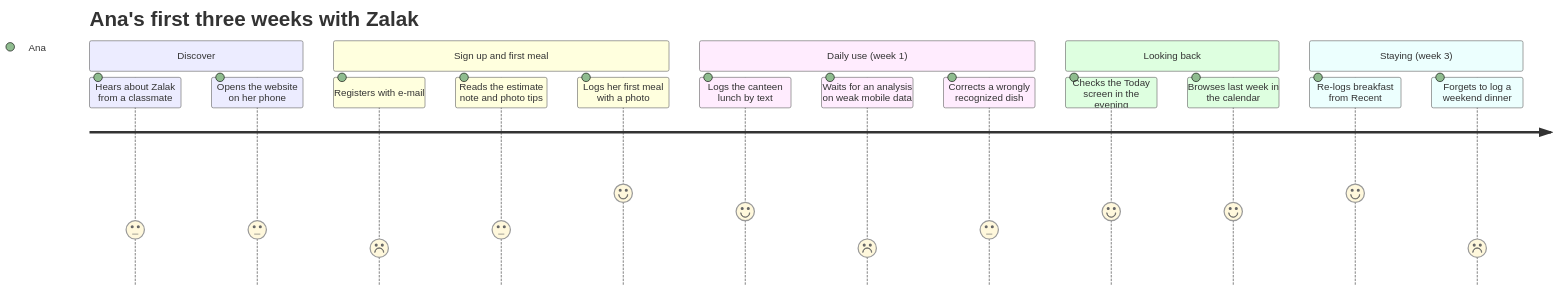
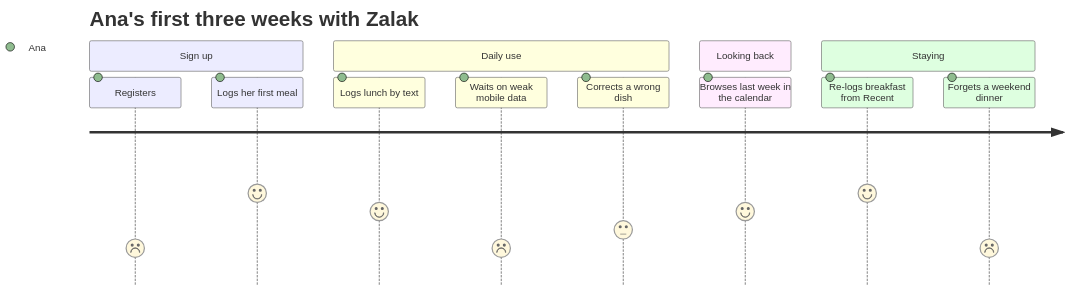
The second of 2 diagrams in docs/03-task-analysis.md (vnikiforovski/hci-calorie-app), drawn with Mermaid before and after one commit. The commit also changed other lines of this file and 113 other files, not shown here.

````diff
--- a/docs/03-task-analysis.md
+++ b/docs/03-task-analysis.md
@@ -224,21 +84,16 @@
 ```mermaid
 journey
     title Ana's first three weeks with Zalak
-    section Discover
-      Hears about Zalak from a classmate: 3: Ana
-      Opens the website on her phone: 3: Ana
-    section Sign up and first meal
-      Registers with e-mail: 2: Ana
-      Reads the estimate note and photo tips: 3: Ana
-      Logs her first meal with a photo: 5: Ana
-    section Daily use (week 1)
-      Logs the canteen lunch by text: 4: Ana
-      Waits for an analysis on weak mobile data: 2: Ana
-      Corrects a wrongly recognized dish: 3: Ana
+    section Sign up
+      Registers: 2: Ana
+      Logs her first meal: 5: Ana
+    section Daily use
+      Logs lunch by text: 4: Ana
+      Waits on weak mobile data: 2: Ana
+      Corrects a wrong dish: 3: Ana
     section Looking back
-      Checks the Today screen in the evening: 4: Ana
       Browses last week in the calendar: 4: Ana
-    section Staying (week 3)
+    section Staying
       Re-logs breakfast from Recent: 5: Ana
-      Forgets to log a weekend dinner: 2: Ana
+      Forgets a weekend dinner: 2: Ana
 ```
````
